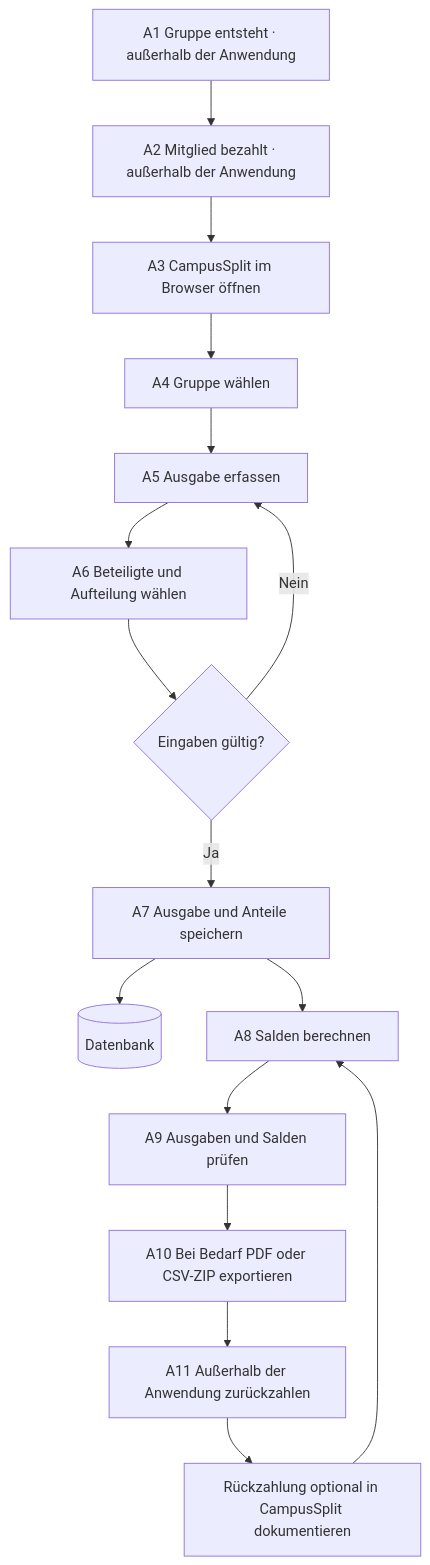
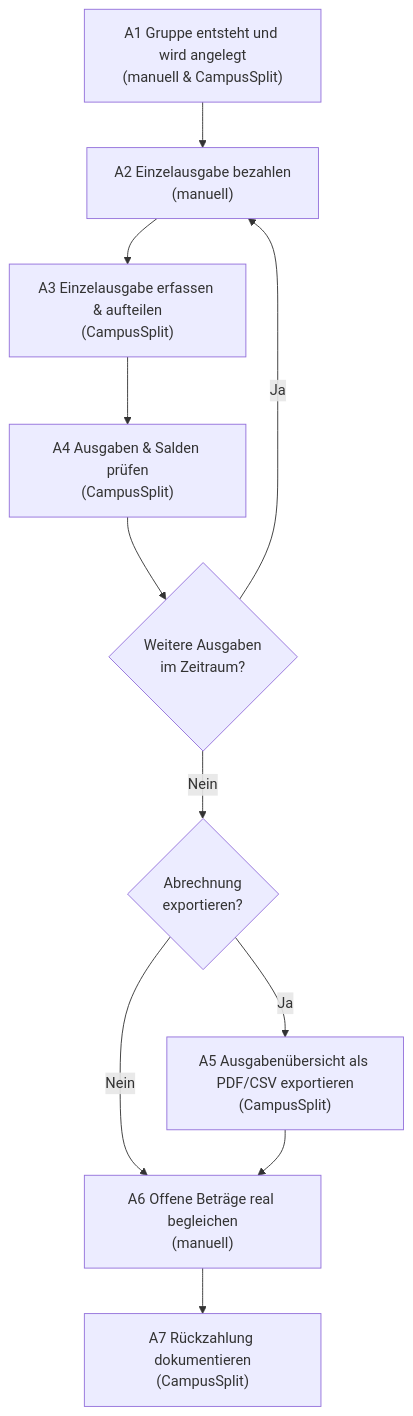
The diagram in Spezifikation/F1-geschaeftsprozesse.md (Bunyamin0101/WK_1106_CampusSplit), drawn with Mermaid before and after one commit. The commit also changed other lines of this file, not shown here.

````diff
--- a/Spezifikation/F1-geschaeftsprozesse.md
+++ b/Spezifikation/F1-geschaeftsprozesse.md
@@ -72,18 +63,13 @@
 ```mermaid
 flowchart TD
-    A1["A1 Gruppe entsteht · außerhalb der Anwendung"] --> A2["A2 Mitglied bezahlt · außerhalb der Anwendung"]
-    A2 --> A3["A3 CampusSplit im Browser öffnen"]
-    A3 --> A4["A4 Gruppe wählen"]
-    A4 --> A5["A5 Ausgabe erfassen"]
-    A5 --> A6["A6 Beteiligte und Aufteilung wählen"]
-    A6 --> V{"Eingaben gültig?"}
-    V -->|Nein| A5
-    V -->|Ja| A7["A7 Ausgabe und Anteile speichern"]
-    A7 --> DB[(Datenbank)]
-    A7 --> A8["A8 Salden berechnen"]
-    A8 --> A9["A9 Ausgaben und Salden prüfen"]
-    A9 --> A10["A10 Bei Bedarf PDF oder CSV-ZIP exportieren"]
-    A10 --> A11["A11 Außerhalb der Anwendung zurückzahlen"]
-    A11 --> R["Rückzahlung optional in CampusSplit dokumentieren"]
-    R --> A8
+    A1["A1 Gruppe entsteht und wird angelegt<br/>(manuell & CampusSplit)"] --> A2["A2 Einzelausgabe bezahlen<br/>(manuell)"]
+    A2 --> A3["A3 Einzelausgabe erfassen & aufteilen<br/>(CampusSplit)"]
+    A3 --> A4["A4 Ausgaben & Salden prüfen<br/>(CampusSplit)"]
+    A4 --> W{"Weitere Ausgaben<br/>im Zeitraum?"}
+    W -->|Ja| A2
+    W -->|Nein| E{"Abrechnung<br/>exportieren?"}
+    E -->|Ja| A5["A5 Ausgabenübersicht als PDF/CSV exportieren<br/>(CampusSplit)"]
+    E -->|Nein| A6["A6 Offene Beträge real begleichen<br/>(manuell)"]
+    A5 --> A6
+    A6 --> A7["A7 Rückzahlung dokumentieren<br/>(CampusSplit)"]
 ```
````
